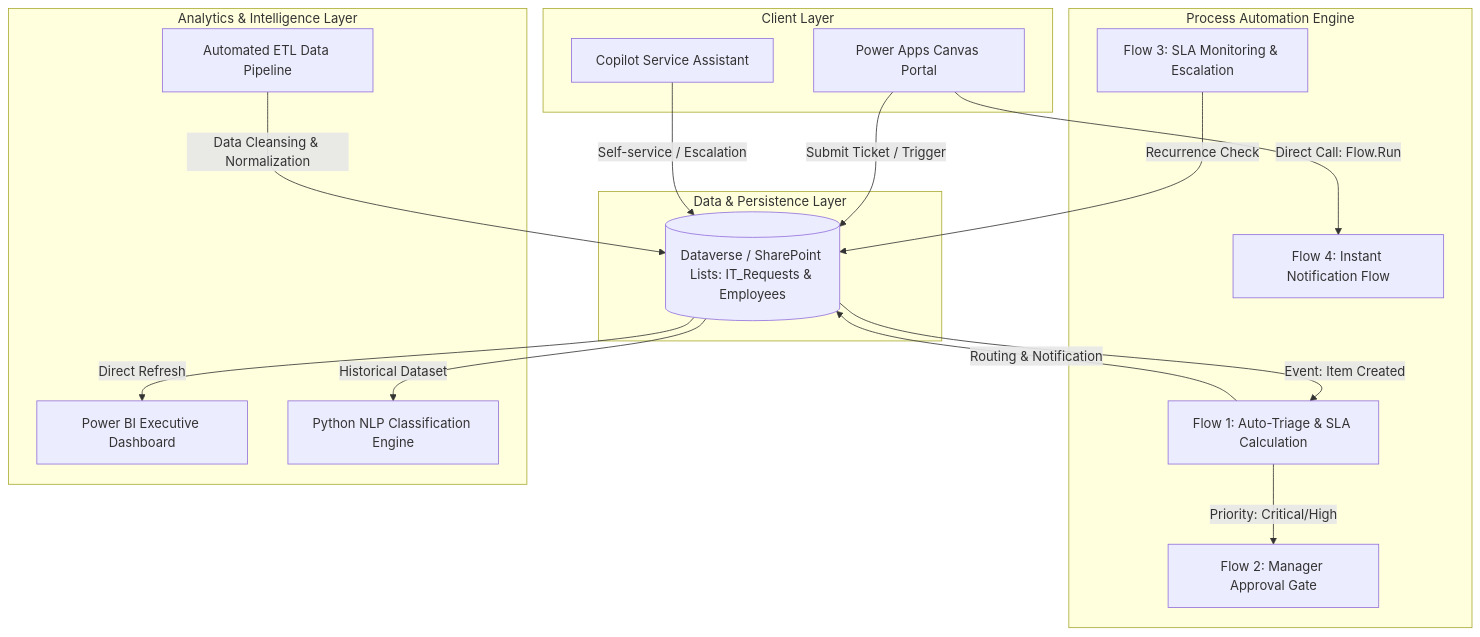
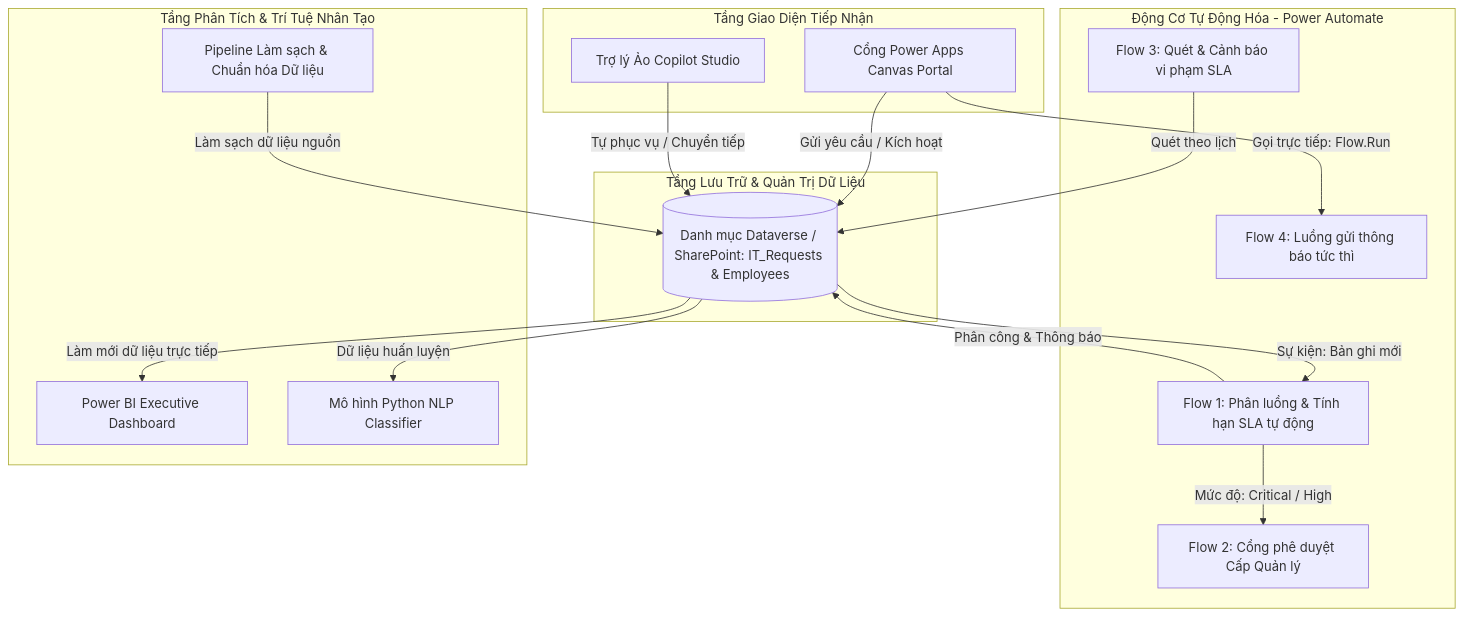
Before and after one commit to HoangTranVietKhai11/IT_Service_Automation_Platform: the diagram in README.md, drawn with Mermaid. The commit also changed other lines of this file, not shown here.

````diff
--- a/README.md
+++ b/README.md
@@ -20,35 +20,35 @@
 ```mermaid
 flowchart TD
-    subgraph Client_Layer [Client Layer]
-        A[Power Apps Canvas Portal]
-        B[Copilot Service Assistant]
+    subgraph Client_Layer [Tầng Giao Diện Tiếp Nhận]
+        A[Cổng Power Apps Canvas Portal]
+        B[Trợ lý Ảo Copilot Studio]
     end
 
-    subgraph Data_Storage [Data & Persistence Layer]
-        C[(Dataverse / SharePoint Lists: IT_Requests & Employees)]
+    subgraph Data_Storage [Tầng Lưu Trữ & Quản Trị Dữ Liệu]
+        C[(Danh mục Dataverse / SharePoint: IT_Requests & Employees)]
     end
 
-    subgraph Automation_Workflows [Process Automation Engine]
-        D[Flow 1: Auto-Triage & SLA Calculation]
-        E[Flow 2: Manager Approval Gate]
-        F[Flow 3: SLA Monitoring & Escalation]
-        G[Flow 4: Instant Notification Flow]
+    subgraph Automation_Workflows [Động Cơ Tự Động Hóa - Power Automate]
+        D[Flow 1: Phân luồng & Tính hạn SLA tự động]
+        E[Flow 2: Cổng phê duyệt Cấp Quản lý]
+        F[Flow 3: Quét & Cảnh báo vi phạm SLA]
+        G[Flow 4: Luồng gửi thông báo tức thì]
     end
 
-    subgraph Analytics_Intelligence [Analytics & Intelligence Layer]
+    subgraph Analytics_Intelligence [Tầng Phân Tích & Trí Tuệ Nhân Tạo]
         H[Power BI Executive Dashboard]
-        I[Python NLP Classification Engine]
-        J[Automated ETL Data Pipeline]
+        I[Mô hình Python NLP Classifier]
+        J[Pipeline Làm sạch & Chuẩn hóa Dữ liệu]
     end
 
-    A -->|Submit Ticket / Trigger| C
-    B -->|Self-service / Escalation| C
-    C -->|Event: Item Created| D
-    D -->|Priority: Critical/High| E
-    D -->|Routing & Notification| C
-    F -->|Recurrence Check| C
-    A -->|Direct Call: Flow.Run| G
-    C -->|Direct Refresh| H
-    C -->|Historical Dataset| I
-    J -->|Data Cleansing & Normalization| C
+    A -->|Gửi yêu cầu / Kích hoạt| C
+    B -->|Tự phục vụ / Chuyển tiếp| C
+    C -->|Sự kiện: Bản ghi mới| D
+    D -->|Mức độ: Critical / High| E
+    D -->|Phân công & Thông báo| C
+    F -->|Quét theo lịch| C
+    A -->|Gọi trực tiếp: Flow.Run| G
+    C -->|Làm mới dữ liệu trực tiếp| H
+    C -->|Dữ liệu huấn luyện| I
+    J -->|Làm sạch dữ liệu nguồn| C
 ```
````
